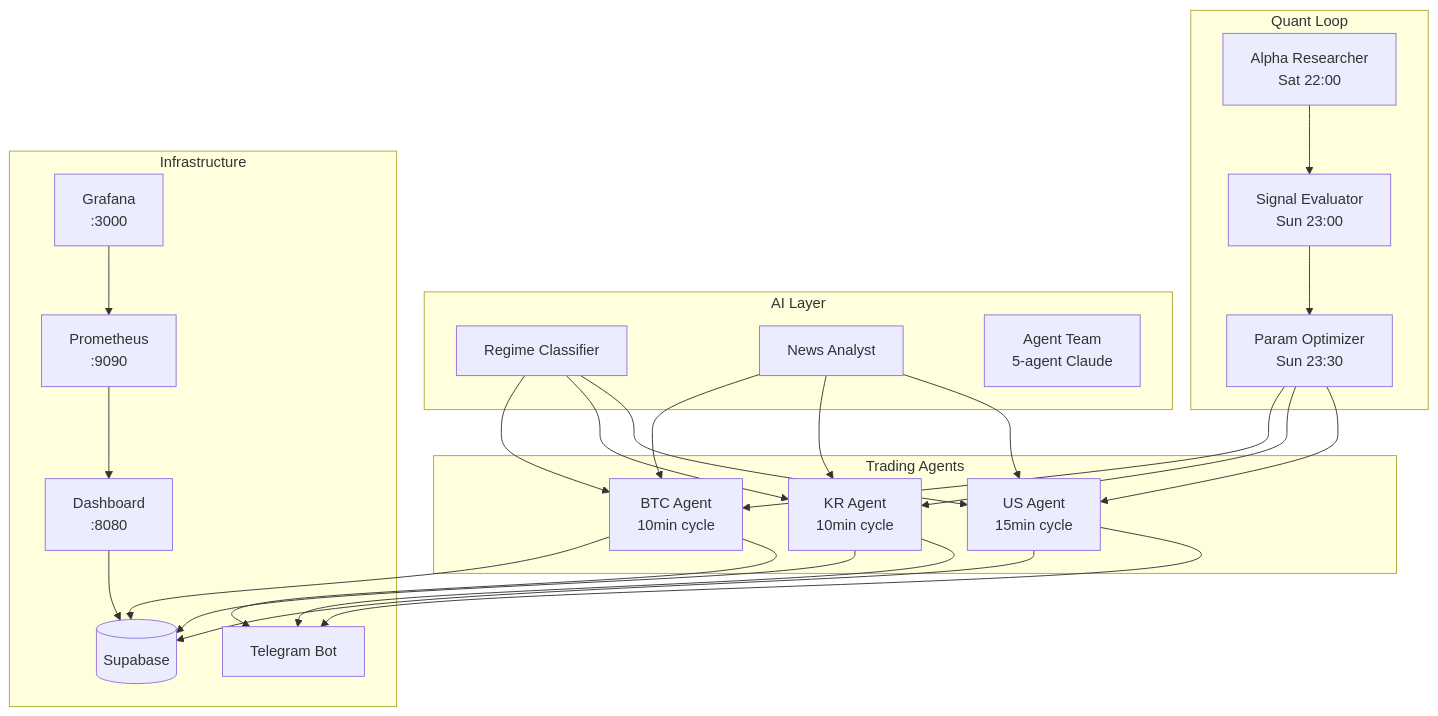
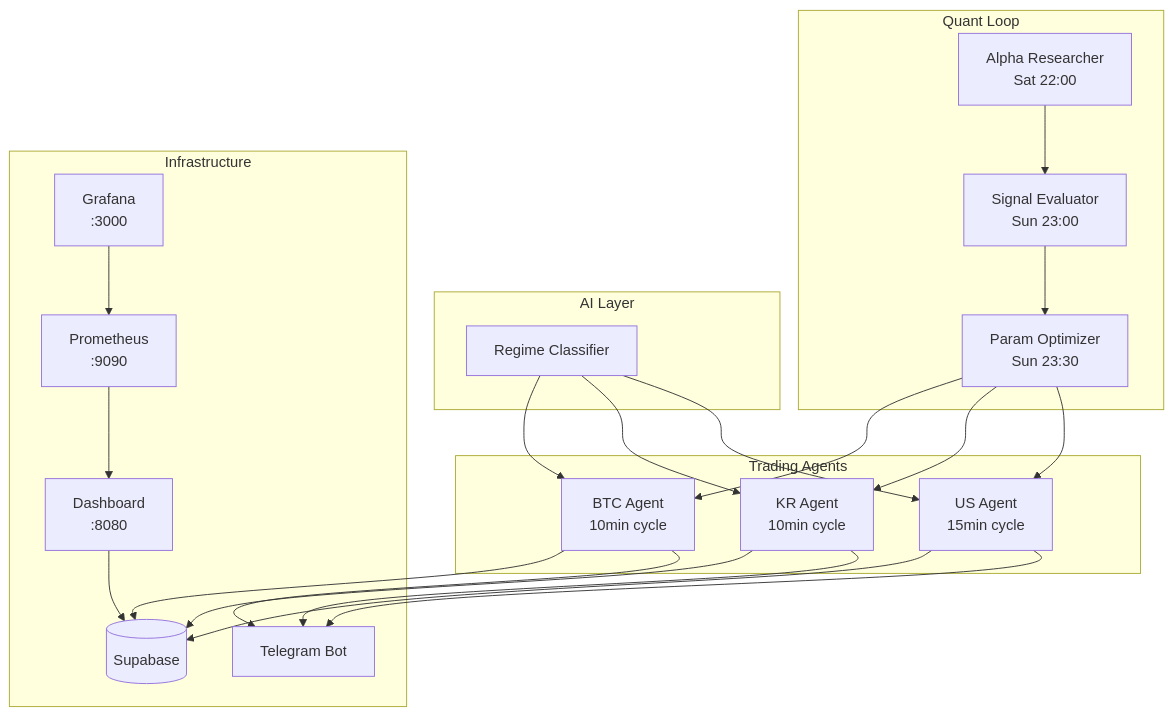
The diagram in README.md (zln02/quant-agent), drawn with Mermaid before and after one commit. The commit also changed other lines of this file, not shown here.

First line of the commit message:
chore: remove stale 5-agent natural-language references from README

````diff
--- a/README.md
+++ b/README.md
@@ -23,33 +23,30 @@
 ```mermaid
 graph TB
     subgraph Trading Agents
         BTC[BTC Agent<br/>10min cycle]
         KR[KR Agent<br/>10min cycle]
         US[US Agent<br/>15min cycle]
     end
     subgraph AI Layer
         RC[Regime Classifier]
-        NA[News Analyst]
-        AT[Agent Team<br/>5-agent Claude]
     end
     subgraph Quant Loop
         AR[Alpha Researcher<br/>Sat 22:00]
         SE[Signal Evaluator<br/>Sun 23:00]
         PO[Param Optimizer<br/>Sun 23:30]
     end
     subgraph Infrastructure
         DB[(Supabase)]
         TG[Telegram Bot]
         DASH[Dashboard<br/>:8080]
         PROM[Prometheus<br/>:9090]
         GRAF[Grafana<br/>:3000]
     end
     BTC & KR & US --> DB
     RC --> BTC & KR & US
-    NA --> BTC & KR & US
     AR --> SE --> PO --> BTC & KR & US
     BTC & KR & US --> TG
     DASH --> DB
     PROM --> DASH
     GRAF --> PROM
 ```
````
